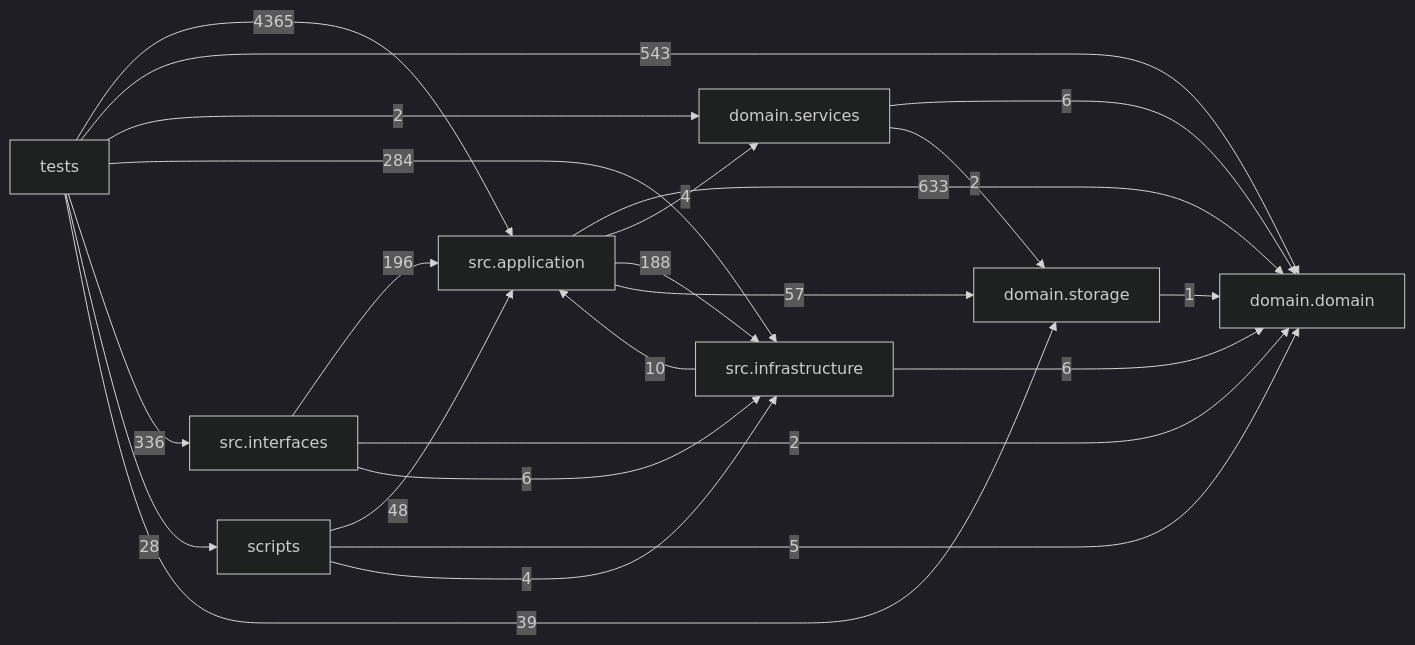
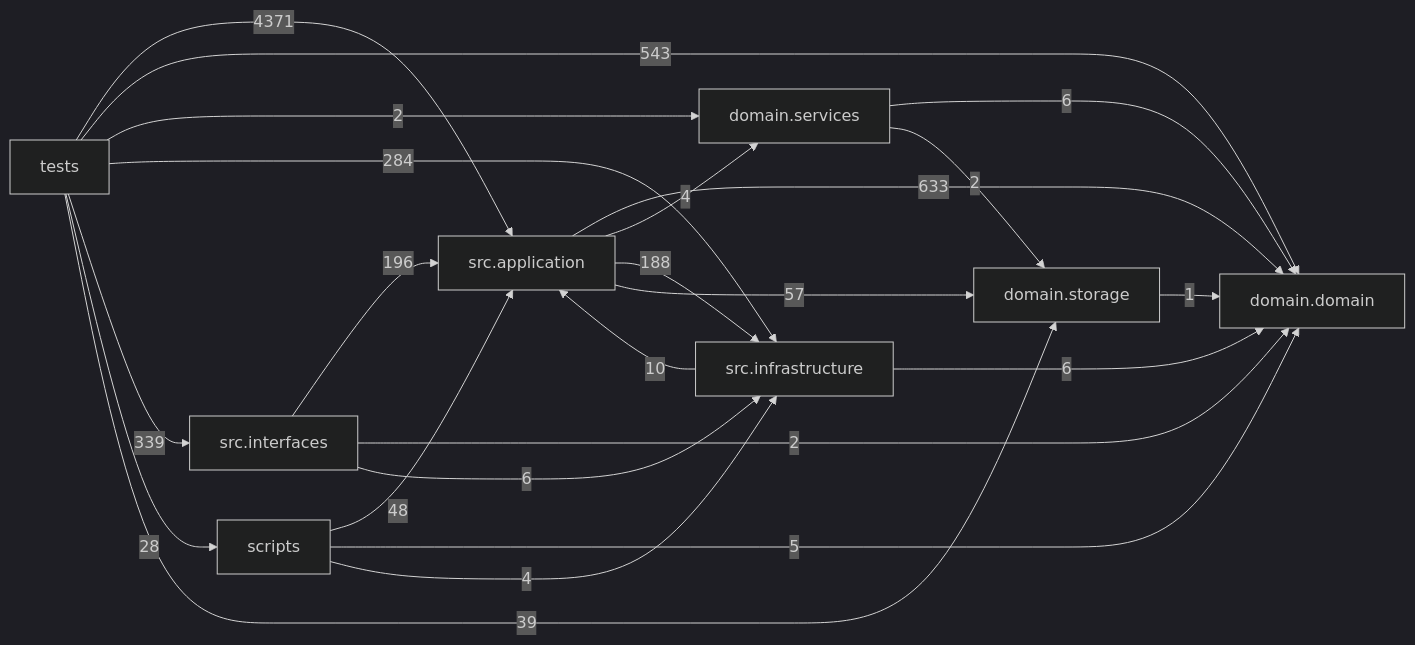
One commit to liuxie066/options-monitor changed the diagram in docs/DEPENDENCY_GRAPH.md. Above: the diagram before and after it, drawn with Mermaid (dark theme). The commit also changed other lines of this file and 3 other files, not shown here.

````diff
--- a/docs/DEPENDENCY_GRAPH.md
+++ b/docs/DEPENDENCY_GRAPH.md
@@ -24,33 +24,33 @@
 ```mermaid
 flowchart LR
   tests["tests"]
   scripts["scripts"]
   interfaces["src.interfaces"]
   application["src.application"]
   infrastructure["src.infrastructure"]
   domain_services["domain.services"]
   domain["domain.domain"]
   storage["domain.storage"]
   application -->|633| domain
   application -->|4| domain_services
   application -->|188| infrastructure
   application -->|57| storage
   domain_services -->|6| domain
   domain_services -->|2| storage
   infrastructure -->|10| application
   infrastructure -->|6| domain
   interfaces -->|196| application
   interfaces -->|2| domain
   interfaces -->|6| infrastructure
   scripts -->|48| application
   scripts -->|5| domain
   scripts -->|4| infrastructure
   storage -->|1| domain
-  tests -->|4365| application
+  tests -->|4371| application
   tests -->|543| domain
   tests -->|2| domain_services
   tests -->|284| infrastructure
-  tests -->|336| interfaces
+  tests -->|339| interfaces
   tests -->|28| scripts
   tests -->|39| storage
 ```
````
